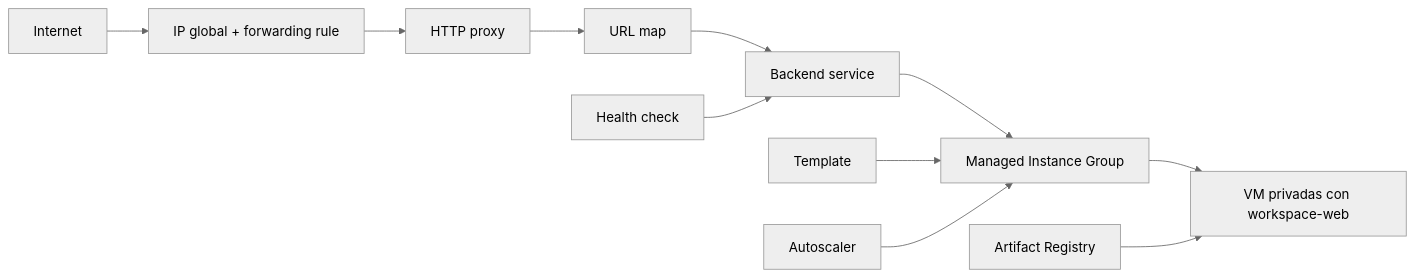
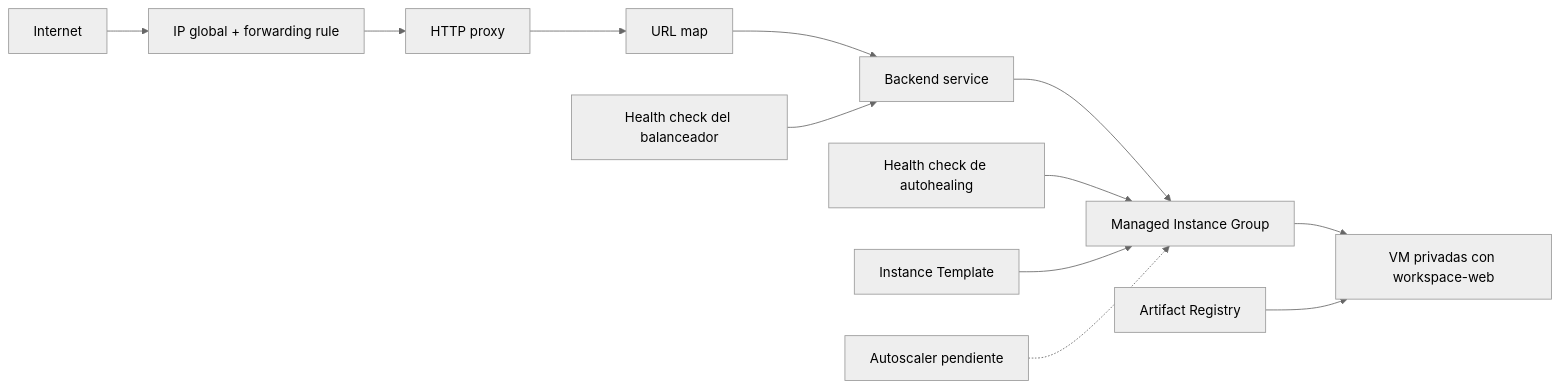
The diagram in README.md (danielmarquisg/gcp-infra-foundation), drawn with Mermaid (neutral theme) before and after one commit. The commit also changed other lines of this file, not shown here.

Commit message:
docs: update architecture and project status (#29)

````diff
--- a/README.md
+++ b/README.md
@@ -9,13 +9,14 @@
 ```mermaid
 flowchart LR
     Internet --> Frontend[IP global + forwarding rule]
     Frontend --> Proxy[HTTP proxy]
     Proxy --> Routes[URL map]
     Routes --> Backend[Backend service]
     Backend --> MIG[Managed Instance Group]
-    Health[Health check] --> Backend
-    Template --> MIG
-    Autoscaler --> MIG
+    HealthLB[Health check del balanceador] --> Backend
+    HealthMIG[Health check de autohealing] --> MIG
+    Template[Instance Template] --> MIG
+    Autoscaler[Autoscaler pendiente] -.-> MIG
     MIG --> VMs[VM privadas con workspace-web]
     AR[Artifact Registry] --> VMs
 ```
````
